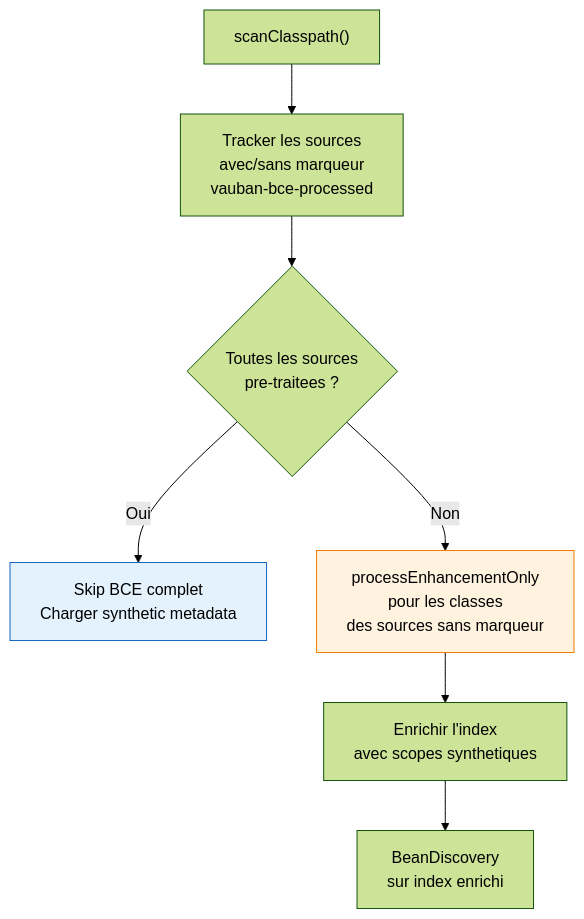
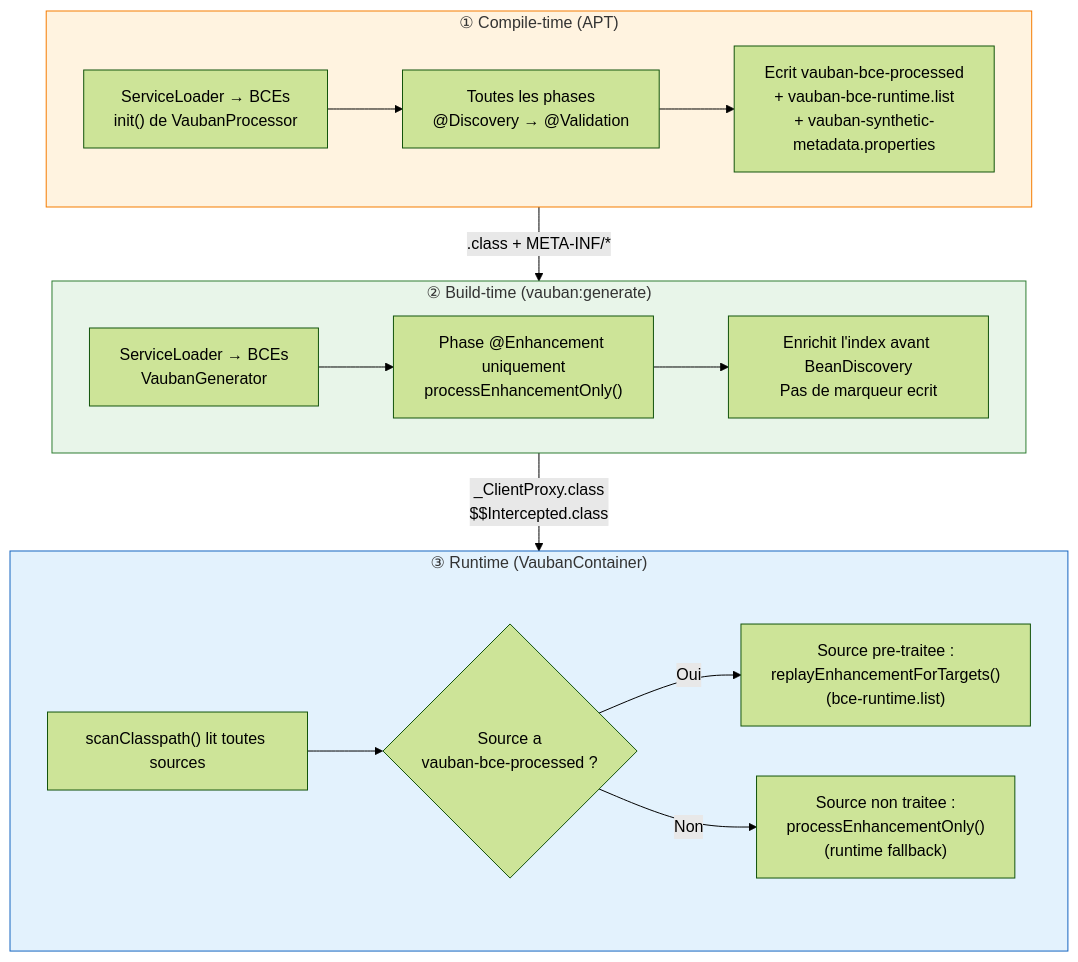
One commit to vidocq-stack/vauban changed diagram 16 of 18 in docs/architecture.md. Above: the diagram before and after it, drawn with Mermaid (forest theme). The commit also changed other lines of this file, not shown here.

````diff
--- a/docs/architecture.md
+++ b/docs/architecture.md
@@ -438,12 +627,33 @@
 ```mermaid
 flowchart TD
-    SCAN["scanClasspath()"] --> TRACK["Tracker les sources<br/>avec/sans marqueur<br/>vauban-bce-processed"]
-    TRACK --> CHECK{"Toutes les sources<br/>pre-traitees ?"}
-    CHECK -->|Oui| SKIP["Skip BCE complet<br/>Charger synthetic metadata"]
-    CHECK -->|Non| PARTIAL["processEnhancementOnly<br/>pour les classes<br/>des sources sans marqueur"]
-    PARTIAL --> ENRICH["Enrichir l'index<br/>avec scopes synthetiques"]
-    ENRICH --> DISC["BeanDiscovery<br/>sur index enrichi"]
+    subgraph A["① Compile-time (APT)"]
+        A1["ServiceLoader → BCEs\ninit() de VaubanProcessor"]
+        A2["Toutes les phases\n@Discovery → @Validation"]
+        A3["Ecrit vauban-bce-processed\n+ vauban-bce-runtime.list\n+ vauban-synthetic-metadata.properties"]
+        A1 --> A2 --> A3
+    end
 
-    style SKIP fill:#e3f2fd,stroke:#1565c0
-    style PARTIAL fill:#fff3e0,stroke:#f57c00
+    subgraph B["② Build-time (vauban:generate)"]
+        B1["ServiceLoader → BCEs\nVaubanGenerator"]
+        B2["Phase @Enhancement uniquement\nprocessEnhancementOnly()"]
+        B3["Enrichit l'index avant BeanDiscovery\nPas de marqueur ecrit"]
+        B1 --> B2 --> B3
+    end
+
+    subgraph C["③ Runtime (VaubanContainer)"]
+        C1["scanClasspath() lit toutes sources"]
+        C2{"Source a\nvauban-bce-processed ?"}
+        C3["Source pre-traitee :\nreplayEnhancementForTargets()\n(bce-runtime.list)"]
+        C4["Source non traitee :\nprocessEnhancementOnly()\n(runtime fallback)"]
+        C1 --> C2
+        C2 -->|"Oui"| C3
+        C2 -->|"Non"| C4
+    end
+
+    A -->|".class + META-INF/*"| B
+    B -->|"_ClientProxy.class\n$$Intercepted.class"| C
+
+    style A fill:#fff3e0,stroke:#f57c00
+    style B fill:#e8f5e9,stroke:#2e7d32
+    style C fill:#e3f2fd,stroke:#1565c0
 ```
````
